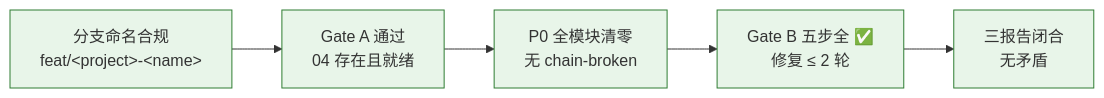
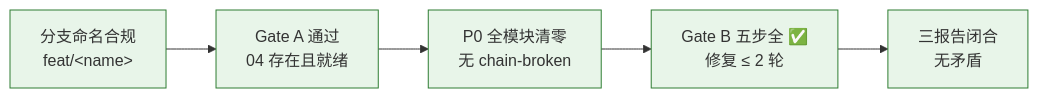
Before and after one commit to effiy/YrY: the ninth of 9 diagrams in rules/code-pipeline.md, drawn with Mermaid. The commit also changed other lines of this file and 22 other files, not shown here.

````diff
--- a/rules/code-pipeline.md
+++ b/rules/code-pipeline.md
@@ -233,9 +233,9 @@
 ```mermaid
 flowchart LR
-    S1["分支命名合规<br/>feat/&lt;project&gt;-&lt;name&gt;"]:::sig --> S2["Gate A 通过<br/>04 存在且就绪"]:::sig
+    S1["分支命名合规<br/>feat/&lt;name&gt;"]:::sig --> S2["Gate A 通过<br/>04 存在且就绪"]:::sig
     S2 --> S3["P0 全模块清零<br/>无 chain-broken"]:::sig
     S3 --> S4["Gate B 五步全 ✅<br/>修复 ≤ 2 轮"]:::sig
     S4 --> S5["三报告闭合<br/>无矛盾"]:::sig
 
     classDef sig fill:#e8f5e9,stroke:#2e7d32;
 ```
````
